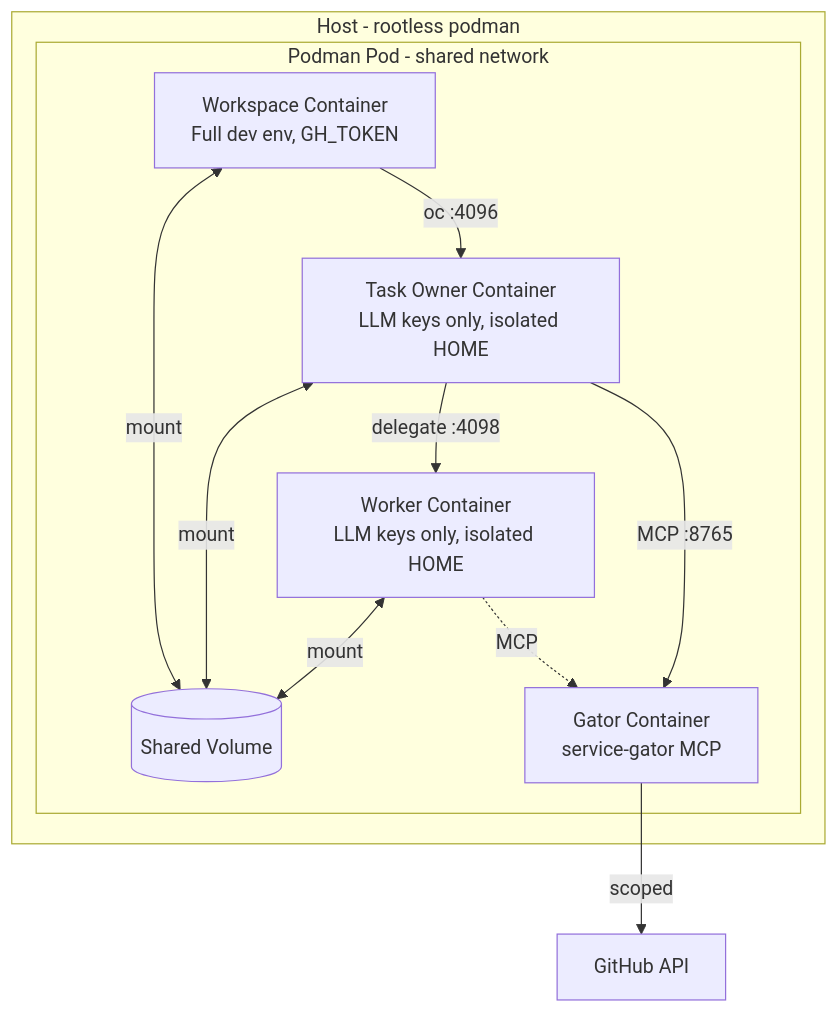
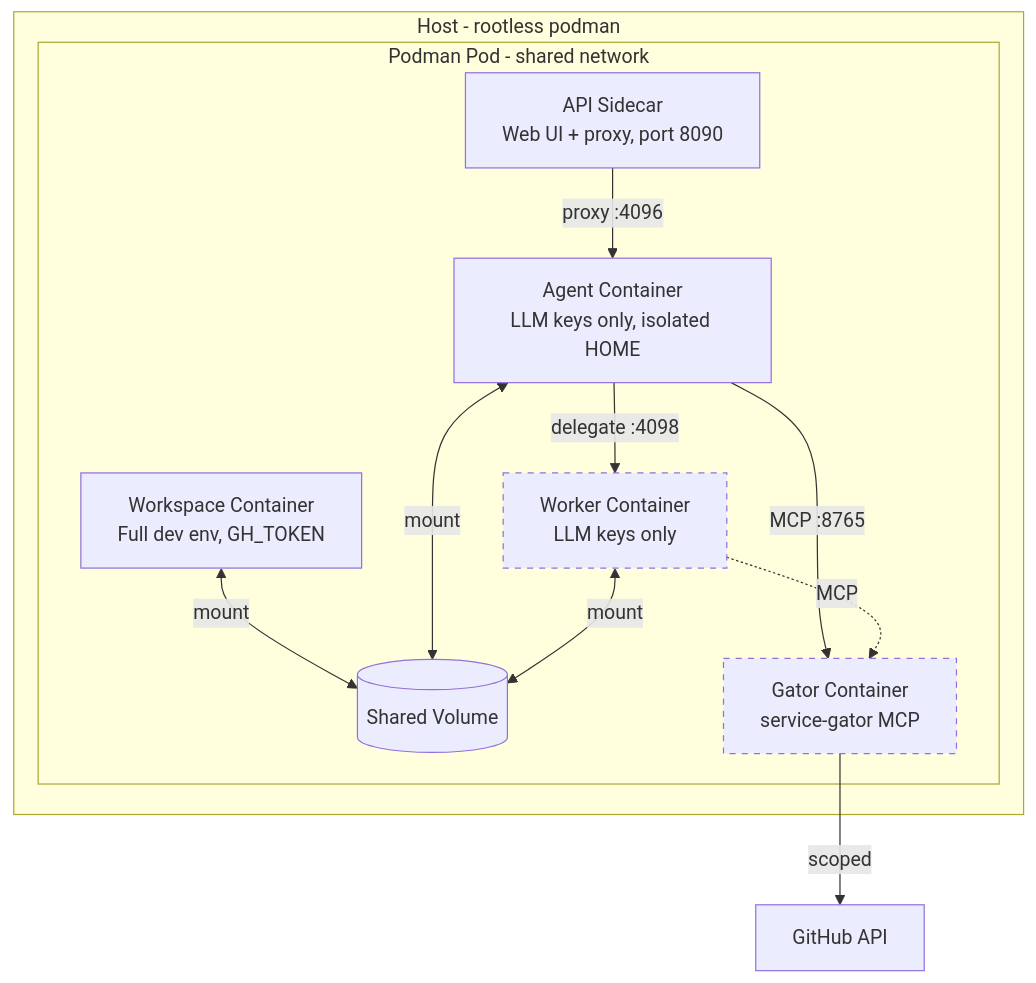
One commit to arewm/devaipod changed the diagram in docs/src/sandboxing.md. Above: the diagram before and after it, drawn with Mermaid. The commit also changed other lines of this file and 14 other files, not shown here.

````diff
--- a/docs/src/sandboxing.md
+++ b/docs/src/sandboxing.md
@@ -19,20 +21,22 @@
 ```mermaid
 flowchart TB
     subgraph host[Host - rootless podman]
         subgraph pod[Podman Pod - shared network]
             workspace[Workspace Container<br/>Full dev env, GH_TOKEN]
-            owner[Task Owner Container<br/>LLM keys only, isolated HOME]
-            worker[Worker Container<br/>LLM keys only, isolated HOME]
-            gator[Gator Container<br/>service-gator MCP]
+            agent[Agent Container<br/>LLM keys only, isolated HOME]
+            api[API Sidecar<br/>Web UI + proxy, port 8090]
             volume[(Shared Volume)]
+            gator[Gator Container<br/>service-gator MCP]:::optional
+            worker[Worker Container<br/>LLM keys only]:::optional
         end
     end
     workspace <-->|mount| volume
-    owner <-->|mount| volume
+    agent <-->|mount| volume
+    api -->|proxy :4096| agent
+    agent -->|MCP :8765| gator
+    agent -->|delegate :4098| worker
     worker <-->|mount| volume
-    workspace -->|oc :4096| owner
-    owner -->|delegate :4098| worker
-    owner -->|MCP :8765| gator
     worker -.->|MCP| gator
     gator -->|scoped| github[GitHub API]
+    classDef optional stroke-dasharray: 5 5
 ```
````
